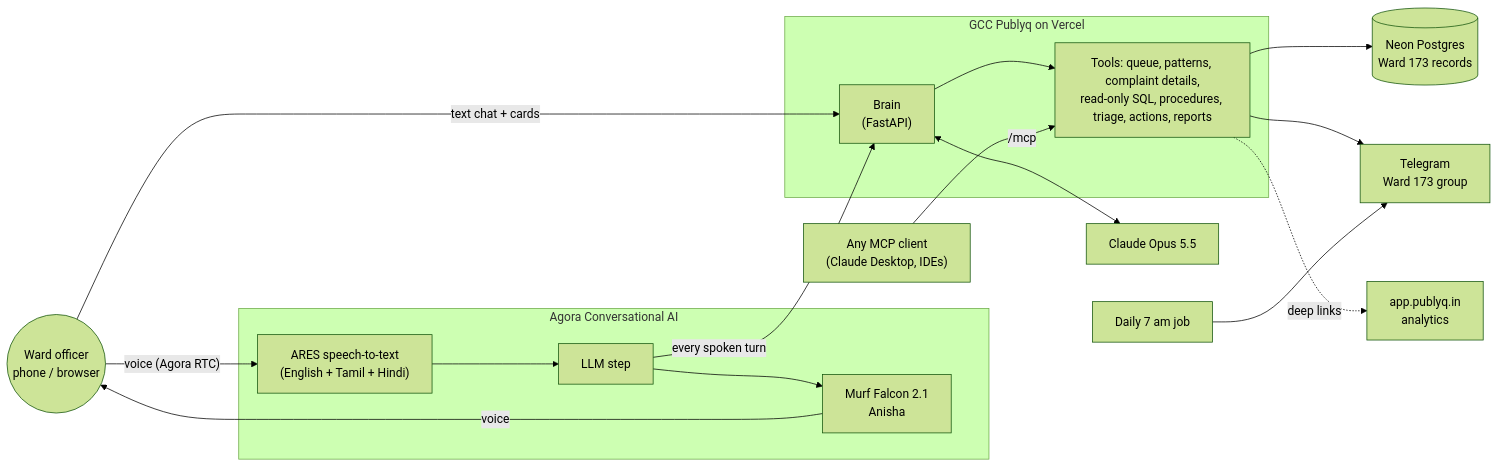
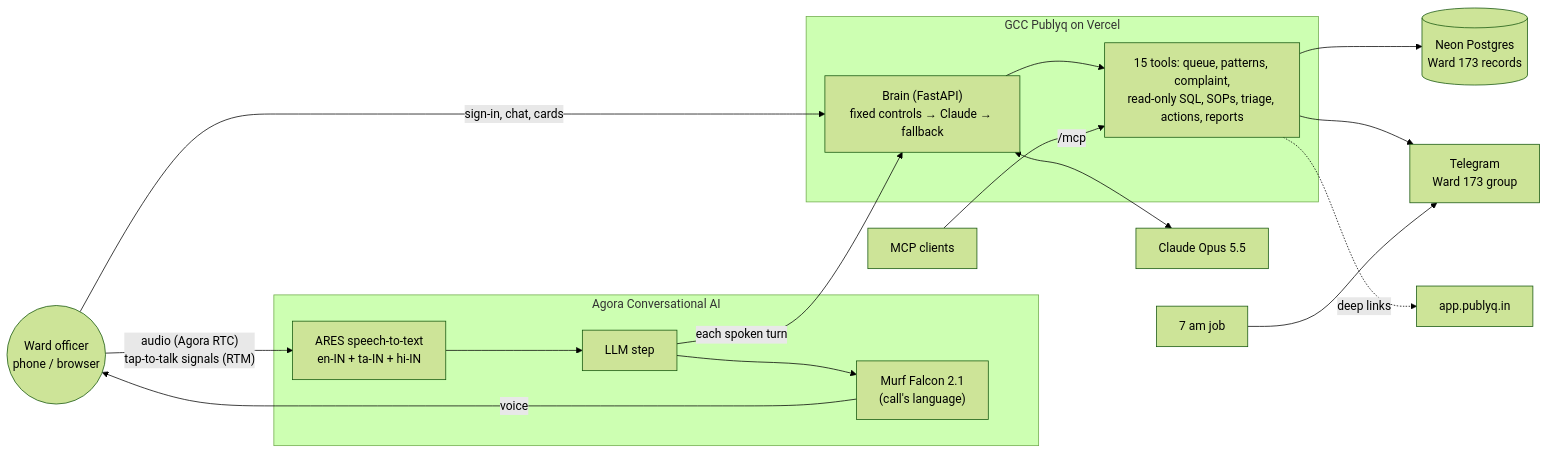
The diagram in README.md (SushilDev13/gcc-publyq), drawn with Mermaid (forest theme) before and after one commit. The commit also changed other lines of this file, not shown here.

````diff
--- a/README.md
+++ b/README.md
@@ -58,28 +66,28 @@
 ```mermaid
 flowchart LR
     U(("Ward officer<br/>phone / browser"))
     subgraph Agora["Agora Conversational AI"]
-        STT["ARES speech-to-text<br/>(English + Tamil + Hindi)"] --> LLMhop["LLM step"] --> TTS["Murf Falcon 2.1<br/>Anisha"]
+        STT["ARES speech-to-text<br/>en-IN + ta-IN + hi-IN"] --> LLMhop["LLM step"] --> TTS["Murf Falcon 2.1<br/>(call's language)"]
     end
     subgraph App["GCC Publyq on Vercel"]
-        Brain["Brain<br/>(FastAPI)"]
-        Tools["Tools: queue, patterns, complaint details,<br/>read-only SQL, procedures, triage, actions, reports"]
+        Brain["Brain (FastAPI)<br/>fixed controls → Claude → fallback"]
+        Tools["15 tools: queue, patterns, complaint,<br/>read-only SQL, SOPs, triage, actions, reports"]
         Brain --> Tools
     end
     Claude["Claude Opus 5.5"]
     DB[("Neon Postgres<br/>Ward 173 records")]
     TG["Telegram<br/>Ward 173 group"]
-    PQ["app.publyq.in<br/>analytics"]
-    MCPc["Any MCP client<br/>(Claude Desktop, IDEs)"]
+    PQ["app.publyq.in"]
+    MCPc["MCP clients"]
 
-    U -- "voice (Agora RTC)" --> STT
+    U -- "audio (Agora RTC)<br/>tap-to-talk signals (RTM)" --> STT
     TTS -- "voice" --> U
-    LLMhop -- "every spoken turn" --> Brain
-    U -- "text chat + cards" --> Brain
+    LLMhop -- "each spoken turn" --> Brain
+    U -- "sign-in, chat, cards" --> Brain
     Brain <--> Claude
     Tools --> DB
     Tools --> TG
     Tools -. "deep links" .-> PQ
     MCPc -- "/mcp" --> Tools
-    Cron["Daily 7 am job"] --> TG
+    Cron["7 am job"] --> TG
 ```
````
